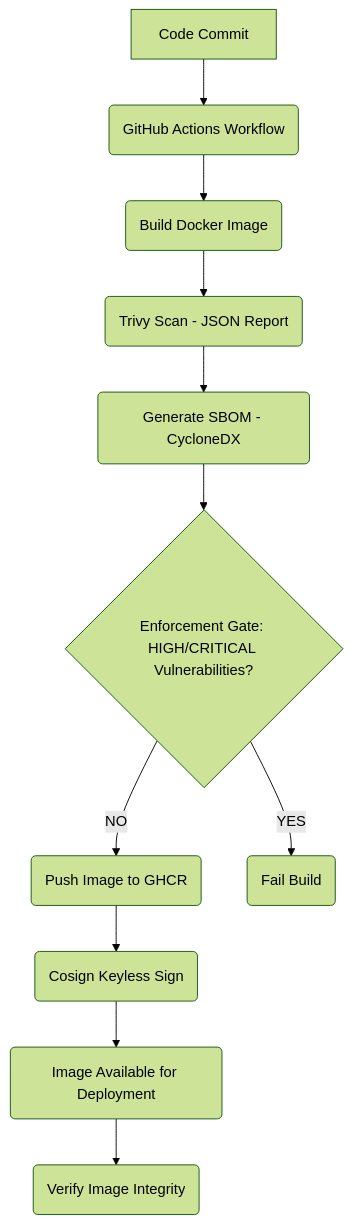
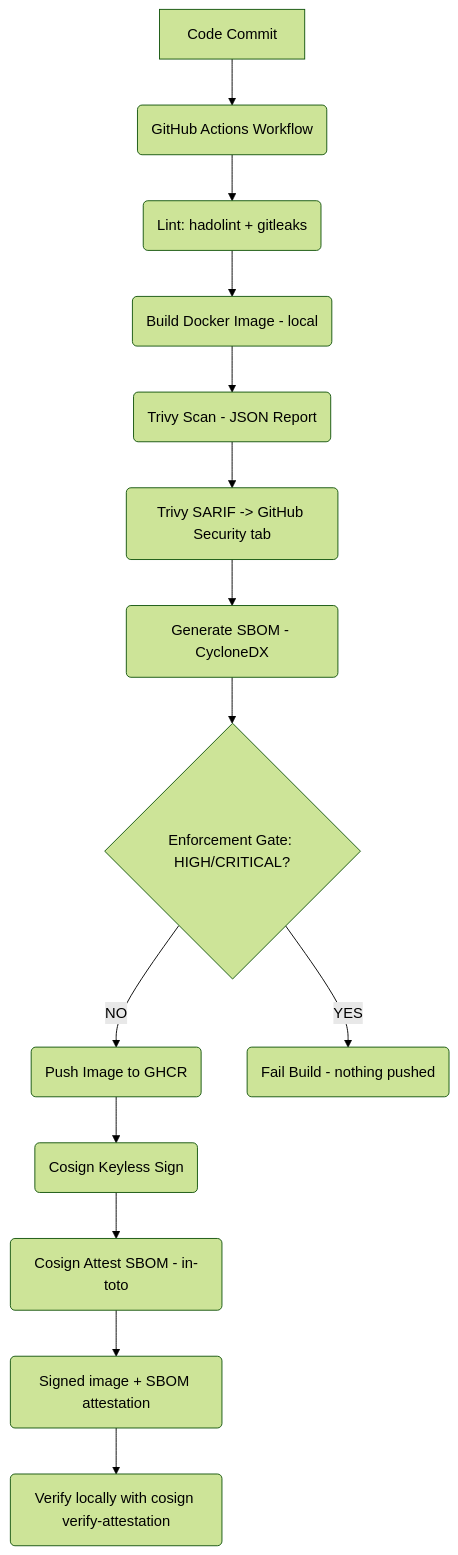
Before and after one commit to KatsaounisThanasis/secure-supply-chain: the diagram in README.md, drawn with Mermaid (forest theme). The commit also changed other lines of this file and 6 other files, not shown here.

````diff
--- a/README.md
+++ b/README.md
@@ -14,13 +14,16 @@
 ```mermaid
 graph TD
     A[Code Commit] --> B(GitHub Actions Workflow)
-    B --> C(Build Docker Image);
+    B --> L(Lint: hadolint + gitleaks)
+    L --> C(Build Docker Image - local);
     C --> D(Trivy Scan - JSON Report);
-    D --> E(Generate SBOM - CycloneDX);
-    E --> F{Enforcement Gate: HIGH/CRITICAL Vulnerabilities?};
+    D --> D2(Trivy SARIF -> GitHub Security tab);
+    D2 --> E(Generate SBOM - CycloneDX);
+    E --> F{Enforcement Gate: HIGH/CRITICAL?};
     F -- NO --> G(Push Image to GHCR);
-    F -- YES --> H(Fail Build);
+    F -- YES --> H(Fail Build - nothing pushed);
     G --> I(Cosign Keyless Sign);
-    I --> J(Image Available for Deployment);
-    J --> K(Verify Image Integrity);
+    I --> I2(Cosign Attest SBOM - in-toto);
+    I2 --> J(Signed image + SBOM attestation);
+    J --> K(Verify locally with cosign verify-attestation);
 ```
````
